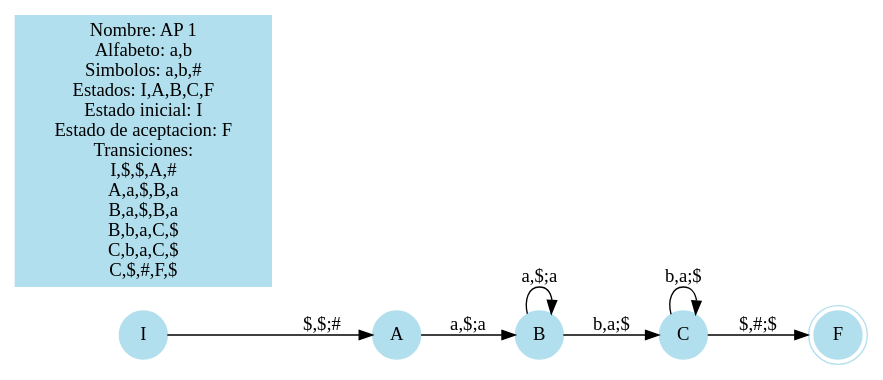
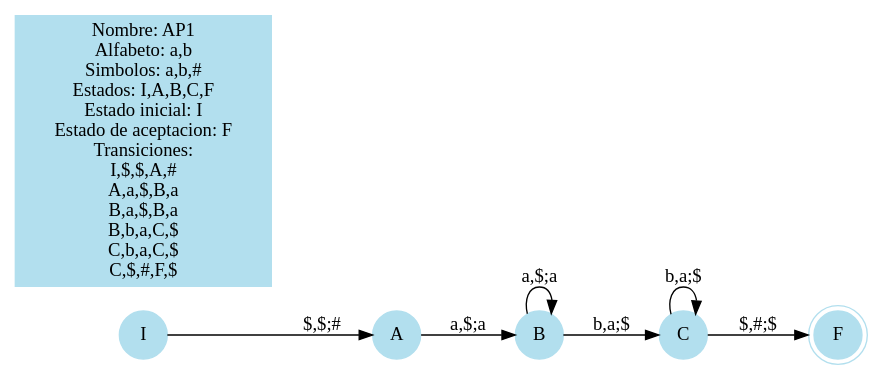
Before and after one commit to Evtray/LFP-P2-202010856: the diagram in dots/AP1ap.dot, drawn with Graphviz. The commit also changed 21 other files, not shown here.

```diff
--- a/dots/AP1ap.dot
+++ b/dots/AP1ap.dot
@@ -1,28 +1,28 @@
 digraph AP1ap { 
 node [style=filled, color=lightblue2, fontcolor=black, shape=box]; 
 layout=dot; rankdir=LR; shape=circle 
 I [shape = circle]; 
 A [shape = circle]; 
 B [shape = circle]; 
 C [shape = circle]; 
 F [shape = doublecircle]; 
 I -> A [label = "$,$;#"]; 
 A -> B [label = "a,$;a"]; 
 B -> B [label = "a,$;a"]; 
 B -> C [label = "b,a;$"]; 
 C -> C [label = "b,a;$"]; 
 C -> F [label = "$,#;$"]; 
-"Nombre: AP 1 
+"Nombre: AP1 
 Alfabeto: a,b 
 Simbolos: a,b,# 
 Estados: I,A,B,C,F 
 Estado inicial: I 
 Estado de aceptacion: F 
 Transiciones: 
 I,$,$,A,# 
 A,a,$,B,a 
 B,a,$,B,a 
 B,b,a,C,$ 
 C,b,a,C,$ 
 C,$,#,F,$ 
 " [shape=box] }
```
